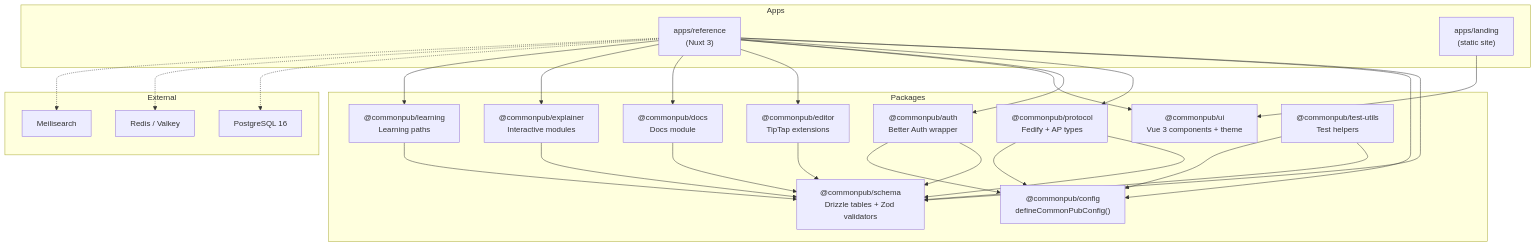
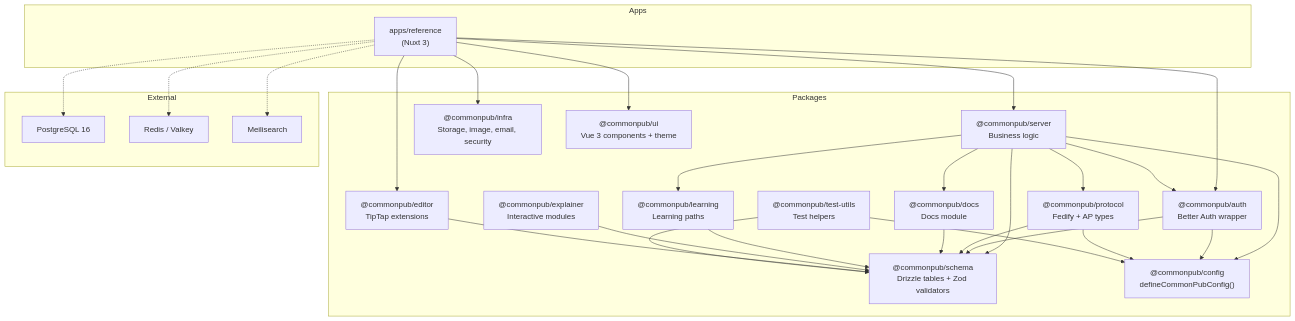
One commit to snaplify/snaplify changed the first of 11 diagrams in docs/reference/architecture.md. Above: the diagram before and after it, drawn with Mermaid. The commit also changed other lines of this file and 639 other files, not shown here.

````diff
--- a/docs/reference/architecture.md
+++ b/docs/reference/architecture.md
@@ -5,52 +5,54 @@
 ```mermaid
 graph TD
     subgraph Apps
         REF["apps/reference<br/>(Nuxt 3)"]
-        LAND["apps/landing<br/>(static site)"]
     end
 
     subgraph Packages
         SCHEMA["@commonpub/schema<br/>Drizzle tables + Zod validators"]
         CONFIG["@commonpub/config<br/>defineCommonPubConfig()"]
         PROTO["@commonpub/protocol<br/>Fedify + AP types"]
         AUTH["@commonpub/auth<br/>Better Auth wrapper"]
+        SERVER["@commonpub/server<br/>Business logic"]
+        INFRA["@commonpub/infra<br/>Storage, image, email, security"]
         UI["@commonpub/ui<br/>Vue 3 components + theme"]
         EDITOR["@commonpub/editor<br/>TipTap extensions"]
         DOCS["@commonpub/docs<br/>Docs module"]
         EXPLAINER["@commonpub/explainer<br/>Interactive modules"]
         LEARNING["@commonpub/learning<br/>Learning paths"]
         TESTUTILS["@commonpub/test-utils<br/>Test helpers"]
     end
 
     subgraph External
         PG["PostgreSQL 16"]
         REDIS["Redis / Valkey"]
         MEILI["Meilisearch"]
     end
 
-    REF --> SCHEMA
-    REF --> CONFIG
-    REF --> PROTO
+    REF --> SERVER
     REF --> AUTH
     REF --> UI
     REF --> EDITOR
-    REF --> DOCS
-    REF --> EXPLAINER
-    REF --> LEARNING
-    LAND --> UI
+    REF --> INFRA
 
+    SERVER --> SCHEMA
+    SERVER --> CONFIG
+    SERVER --> AUTH
+    SERVER --> PROTO
+    SERVER --> DOCS
+    SERVER --> LEARNING
     AUTH --> SCHEMA
     AUTH --> CONFIG
     PROTO --> SCHEMA
     PROTO --> CONFIG
     DOCS --> SCHEMA
     LEARNING --> SCHEMA
     EXPLAINER --> SCHEMA
     EDITOR --> SCHEMA
     TESTUTILS --> SCHEMA
     TESTUTILS --> CONFIG
 
     REF -.-> PG
     REF -.-> REDIS
     REF -.-> MEILI
 ```
````
